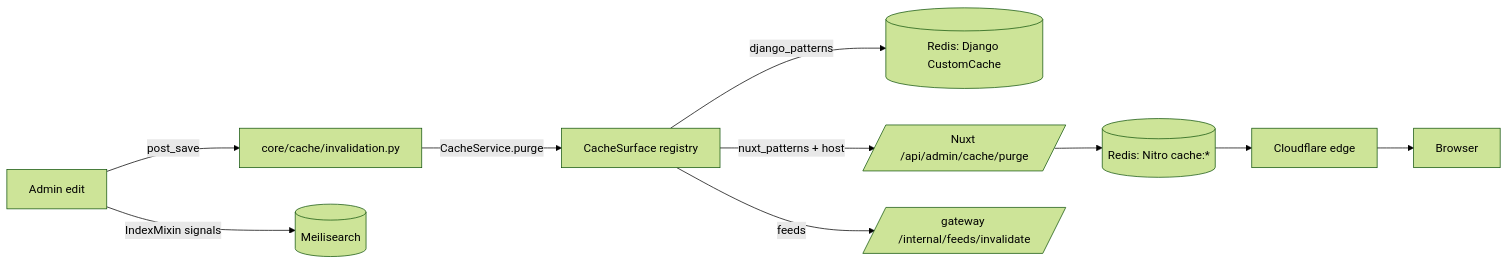
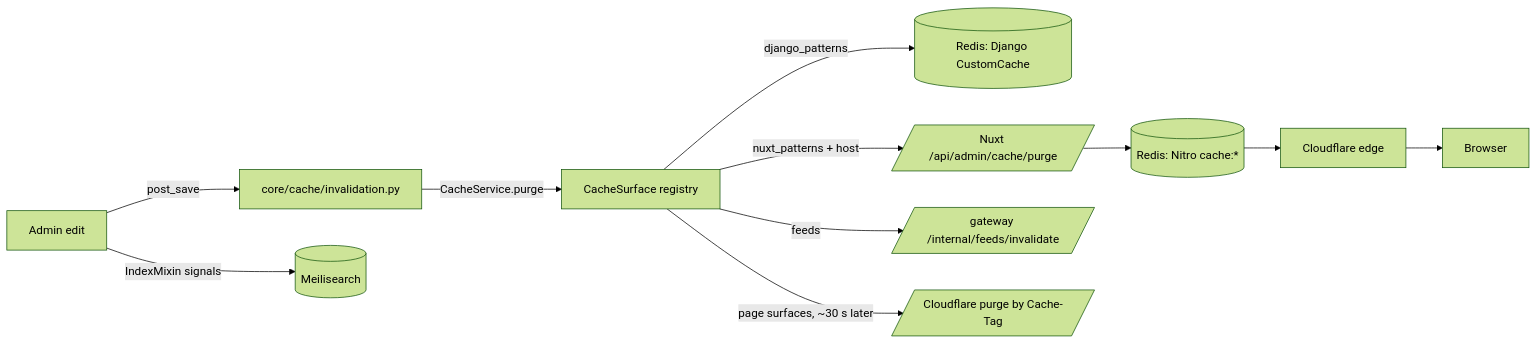
One commit to vasilistotskas/grooveshop-docs changed the diagram in src/dev/operations/caches.md. Above: the diagram before and after it, drawn with Mermaid (forest theme). The commit also changed other lines of this file, not shown here.

First line of the commit message:
docs(caches): Cloudflare caches storefront pages; the per-edit and per-deploy purges

````diff
--- a/src/dev/operations/caches.md
+++ b/src/dev/operations/caches.md
@@ -17,11 +17,12 @@
 ```mermaid
 flowchart LR
   A[Admin edit] -->|post_save| I[core/cache/invalidation.py]
   I -->|CacheService.purge| S[CacheSurface registry]
   S -->|django_patterns| R1[(Redis: Django CustomCache)]
   S -->|nuxt_patterns + host| N[/Nuxt /api/admin/cache/purge/]
   N --> R2[(Redis: Nitro cache:*)]
   S -->|feeds| G[/gateway /internal/feeds/invalidate/]
+  S -->|page surfaces, ~30 s later| T[/Cloudflare purge by Cache-Tag/]
   A -->|IndexMixin signals| M[(Meilisearch)]
   R2 --> CF[Cloudflare edge] --> B[Browser]
 ```
````
